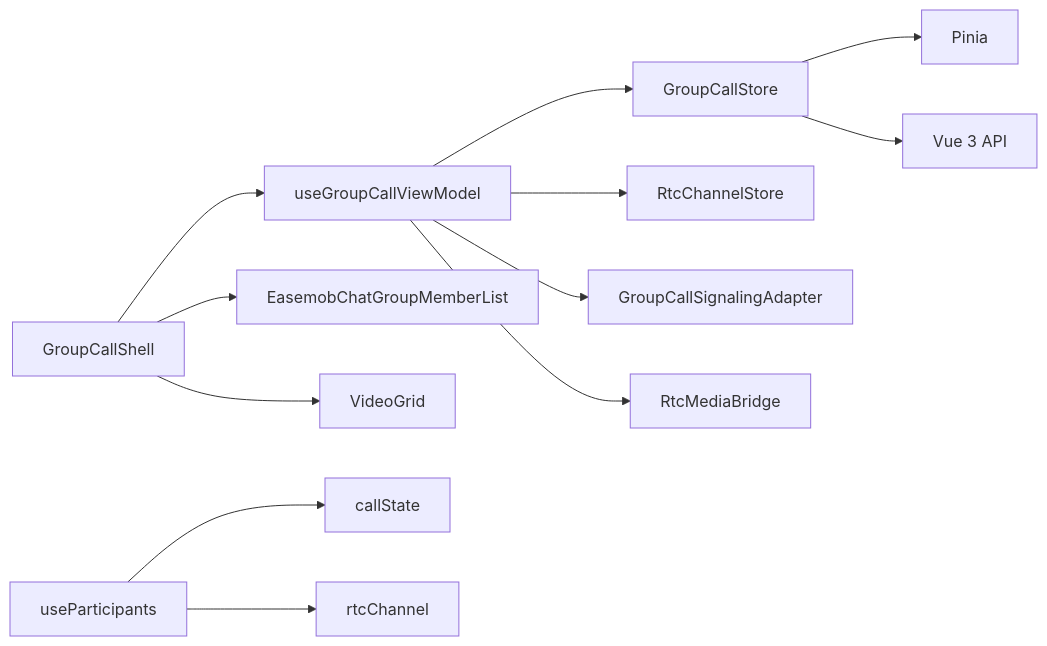
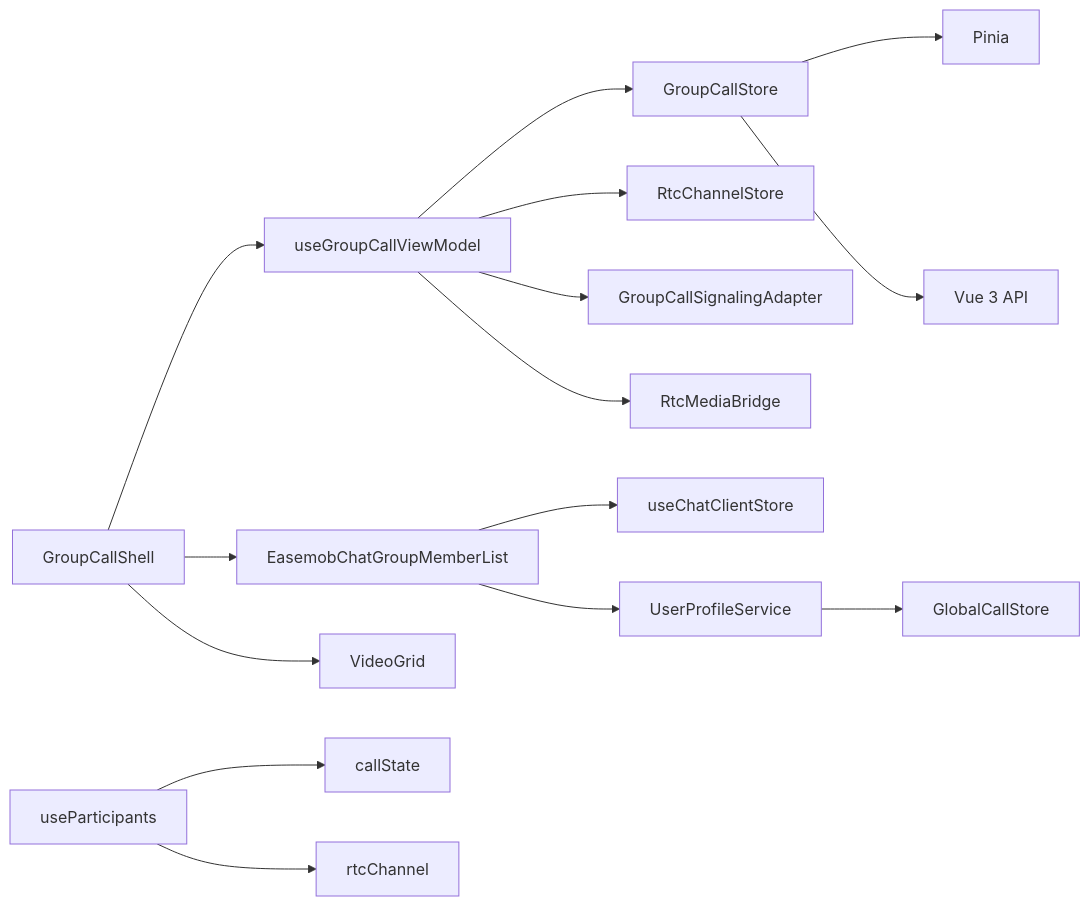
Before and after one commit to Easemob-Community/easemob-uikit-callkit-vue3: the tenth of 10 diagrams in .qoder/repowiki/zh/content/核心组件/群组通话组件/群组成员管理.md, drawn with Mermaid. The commit also changed other lines of this file and 12 other files, not shown here.

First line of the commit message:
feat: call / groupCall 支持主动传入 caller userInfo

````diff
--- a/.qoder/repowiki/zh/content/核心组件/群组通话组件/群组成员管理.md
+++ b/.qoder/repowiki/zh/content/核心组件/群组通话组件/群组成员管理.md
@@ -346,14 +503,17 @@
 ```mermaid
 graph LR
 GCS["GroupCallStore"] --> Pinia["Pinia"]
 GCS --> Vue["Vue 3 API"]
 GVM["useGroupCallViewModel"] --> GCS
 GVM --> RtcChannel["RtcChannelStore"]
 GVM --> Signaling["GroupCallSignalingAdapter"]
 GVM --> MediaBridge["RtcMediaBridge"]
 GCSH["GroupCallShell"] --> GVM
 GCSH --> MemberList["EasemobChatGroupMemberList"]
 GCSH --> VideoGrid["VideoGrid"]
+MemberList --> ChatClient["useChatClientStore"]
+MemberList --> ProfileService["UserProfileService"]
+ProfileService --> GlobalCall["GlobalCallStore"]
 UP["useParticipants"] --> CS["callState"]
 UP --> RC["rtcChannel"]
 ```
````
